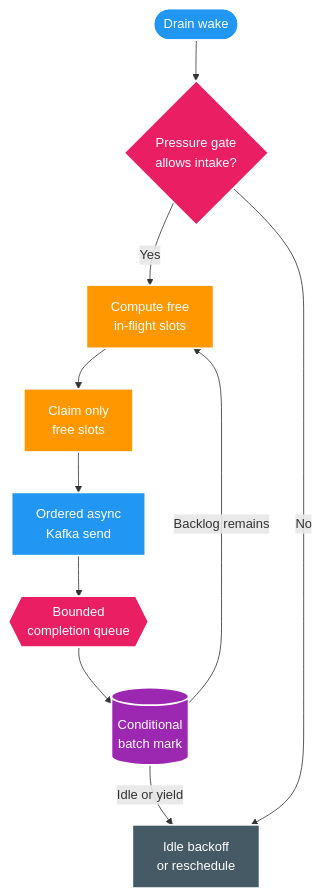
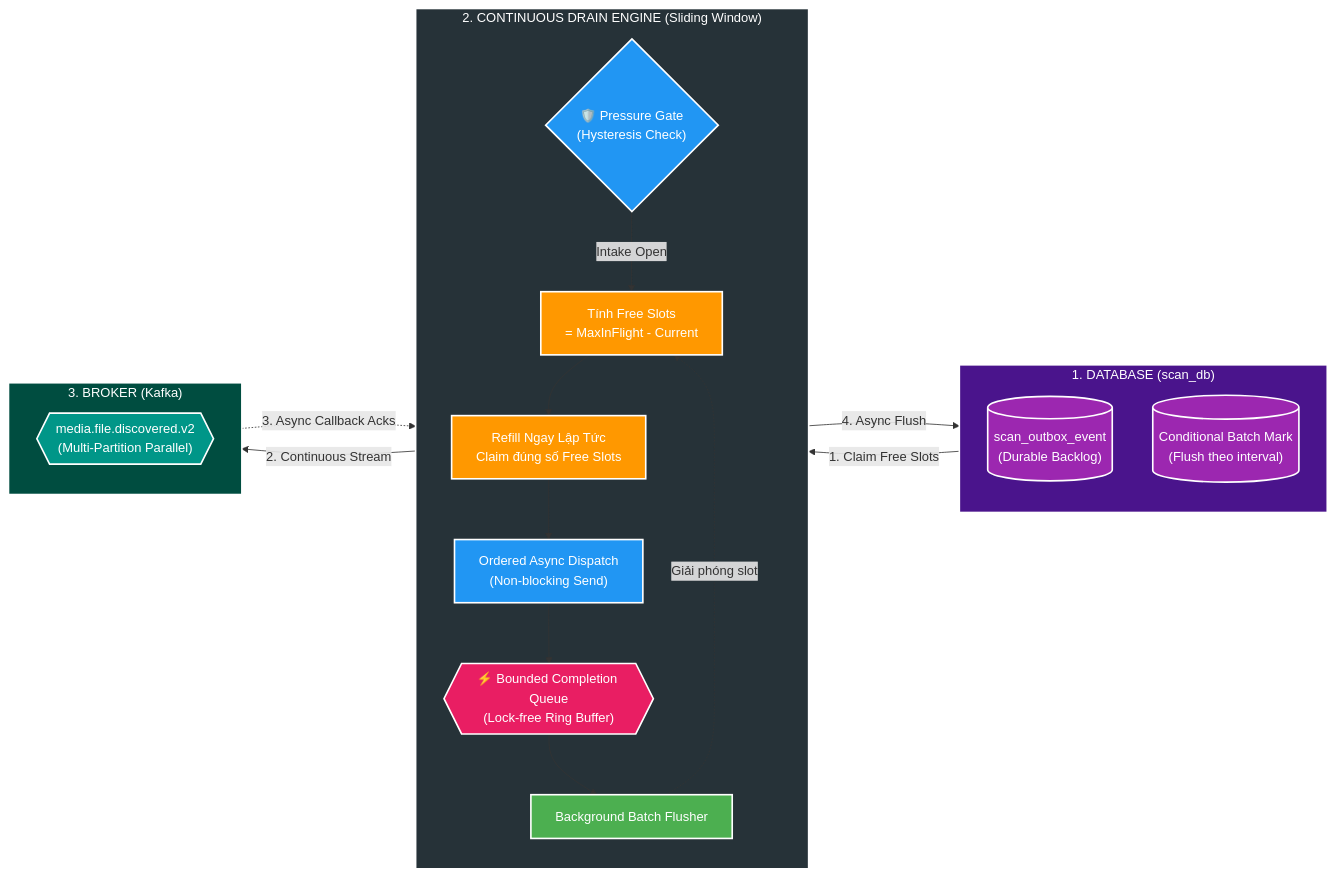
One commit to HungPhan200591/file-mngt-be-v2 changed the second of 2 diagrams in docs/features/052-outbox-continuous-drain/02-design.md. Above: the diagram before and after it, drawn with Mermaid. The commit also changed other lines of this file, not shown here.

Commit message:
feat(docs): update documentation for Outbox Continuous Drain and Bounded Relay implementation

````diff
--- a/docs/features/052-outbox-continuous-drain/02-design.md
+++ b/docs/features/052-outbox-continuous-drain/02-design.md
@@ -52,20 +82,43 @@
 ```mermaid
-flowchart TD
-    WAKE_NEW(["Drain wake"]) --> GATE_NEW{"Pressure gate<br/>allows intake?"}
-    GATE_NEW -->|"Yes"| SLOT_NEW["Compute free<br/>in-flight slots"]
-    SLOT_NEW --> CLAIM_NEW["Claim only<br/>free slots"]
-    CLAIM_NEW --> SEND_NEW["Ordered async<br/>Kafka send"]
-    SEND_NEW --> DONE_NEW{{"Bounded<br/>completion queue"}}
-    DONE_NEW --> MARK_NEW[("Conditional<br/>batch mark")]
-    MARK_NEW -->|"Backlog remains"| SLOT_NEW
-    MARK_NEW -->|"Idle or yield"| IDLE_NEW["Idle backoff<br/>or reschedule"]
-    GATE_NEW -->|"No"| IDLE_NEW
-    style WAKE_NEW fill:#2196F3,stroke:#fff,stroke-width:2px,color:#fff
-    style GATE_NEW fill:#E91E63,stroke:#fff,stroke-width:2px,color:#fff
-    style SLOT_NEW fill:#FF9800,stroke:#fff,stroke-width:2px,color:#fff
-    style CLAIM_NEW fill:#FF9800,stroke:#fff,stroke-width:2px,color:#fff
-    style SEND_NEW fill:#2196F3,stroke:#fff,stroke-width:2px,color:#fff
-    style DONE_NEW fill:#E91E63,stroke:#fff,stroke-width:2px,color:#fff
+flowchart LR
+    subgraph DB_TOBE["1. DATABASE (scan_db)"]
+        direction TB
+        OUTBOX_NEW[("scan_outbox_event<br/>(Durable Backlog)")]
+        MARK_NEW[("Conditional Batch Mark<br/>(Flush theo interval)")]
+    end
+
+    subgraph ENGINE_TOBE["2. CONTINUOUS DRAIN ENGINE (Sliding Window)"]
+        direction TB
+        GATE_NEW{"🛡️ Pressure Gate<br/>(Hysteresis Check)"} -->|"Intake Open"| CALC_NEW["Tính Free Slots<br/>= MaxInFlight - Current"]
+        CALC_NEW --> REFILL_NEW["Refill Ngay Lập Tức<br/>Claim đúng số Free Slots"]
+        REFILL_NEW --> DISPATCH_NEW["Ordered Async Dispatch<br/>(Non-blocking Send)"]
+        DISPATCH_NEW --> QUEUE_NEW{{"⚡ Bounded Completion Queue<br/>(Lock-free Ring Buffer)"}}
+        QUEUE_NEW --> FLUSHER_NEW["Background Batch Flusher"]
+        FLUSHER_NEW -.->|"Giải phóng slot"| CALC_NEW
+    end
+
+    subgraph BROKER_TOBE["3. BROKER (Kafka)"]
+        direction TB
+        TOPIC_NEW{{"media.file.discovered.v2<br/>(Multi-Partition Parallel)"}}
+    end
+
+    OUTBOX_NEW -->|"1. Claim Free Slots"| REFILL_NEW
+    DISPATCH_NEW -->|"2. Continuous Stream"| TOPIC_NEW
+    TOPIC_NEW -.->|"3. Async Callback Acks"| QUEUE_NEW
+    FLUSHER_NEW -->|"4. Async Flush"| MARK_NEW
+
+    style DB_TOBE fill:#4A148C,stroke:#fff,stroke-width:2px,color:#fff
+    style OUTBOX_NEW fill:#9C27B0,stroke:#fff,stroke-width:2px,color:#fff
     style MARK_NEW fill:#9C27B0,stroke:#fff,stroke-width:2px,color:#fff
-    style IDLE_NEW fill:#455A64,stroke:#fff,stroke-width:2px,color:#fff
+
+    style ENGINE_TOBE fill:#263238,stroke:#fff,stroke-width:2px,color:#fff
+    style GATE_NEW fill:#2196F3,stroke:#fff,stroke-width:2px,color:#fff
+    style CALC_NEW fill:#FF9800,stroke:#fff,stroke-width:2px,color:#fff
+    style REFILL_NEW fill:#FF9800,stroke:#fff,stroke-width:2px,color:#fff
+    style DISPATCH_NEW fill:#2196F3,stroke:#fff,stroke-width:2px,color:#fff
+    style QUEUE_NEW fill:#E91E63,stroke:#fff,stroke-width:2px,color:#fff
+    style FLUSHER_NEW fill:#4CAF50,stroke:#fff,stroke-width:2px,color:#fff
+
+    style BROKER_TOBE fill:#004D40,stroke:#fff,stroke-width:2px,color:#fff
+    style TOPIC_NEW fill:#009688,stroke:#fff,stroke-width:2px,color:#fff
 ```
````
